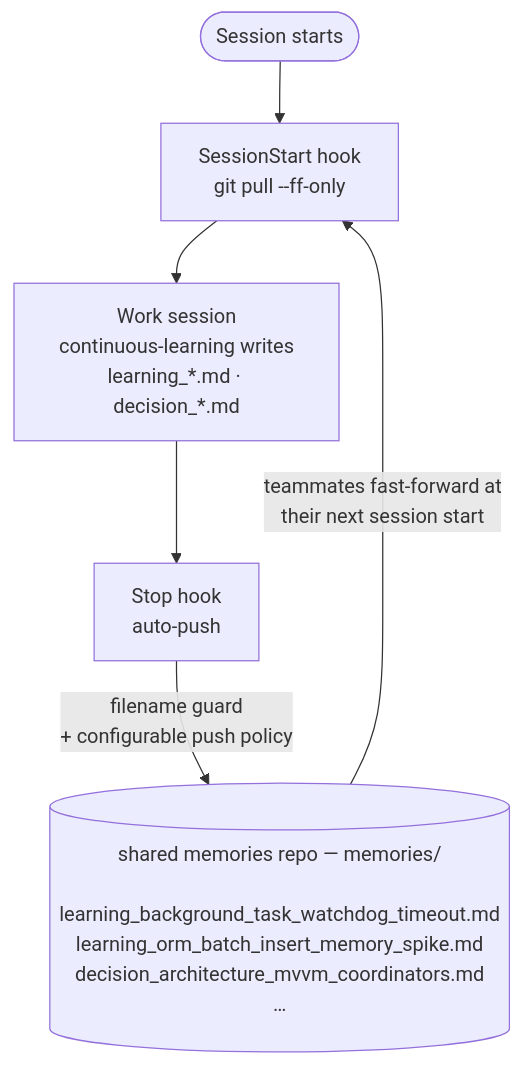
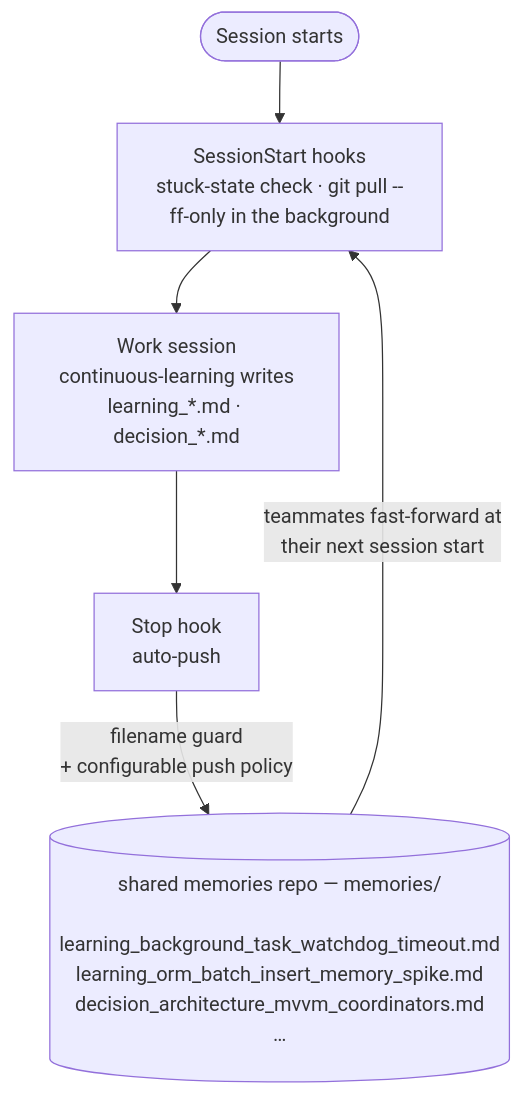
One commit to mcs-cli/shared-memories changed the first of 3 diagrams in README.md. Above: the diagram before and after it, drawn with Mermaid. The commit also changed other lines of this file and 29 other files, not shown here.

First line of the commit message:
Stop SessionStart from waiting on the network or Node's type stripper (#12)

````diff
--- a/README.md
+++ b/README.md
@@ -41,9 +41,9 @@
 ```mermaid
 flowchart TD
-    S([Session starts]) --> P["SessionStart hook<br/>git pull --ff-only"]
+    S([Session starts]) --> P["SessionStart hooks<br/>stuck-state check · git pull --ff-only in the background"]
     P --> W["Work session<br/>continuous-learning writes<br/>learning_*.md · decision_*.md"]
     W --> T["Stop hook<br/>auto-push"]
     T -->|"filename guard<br/>+ configurable push policy"| R
     R[("shared memories repo — memories/<br/><br/>learning_background_task_watchdog_timeout.md<br/>learning_orm_batch_insert_memory_spike.md<br/>decision_architecture_mvvm_coordinators.md<br/>…")]
     R -->|"teammates fast-forward at<br/>their next session start"| P
 ```
````
